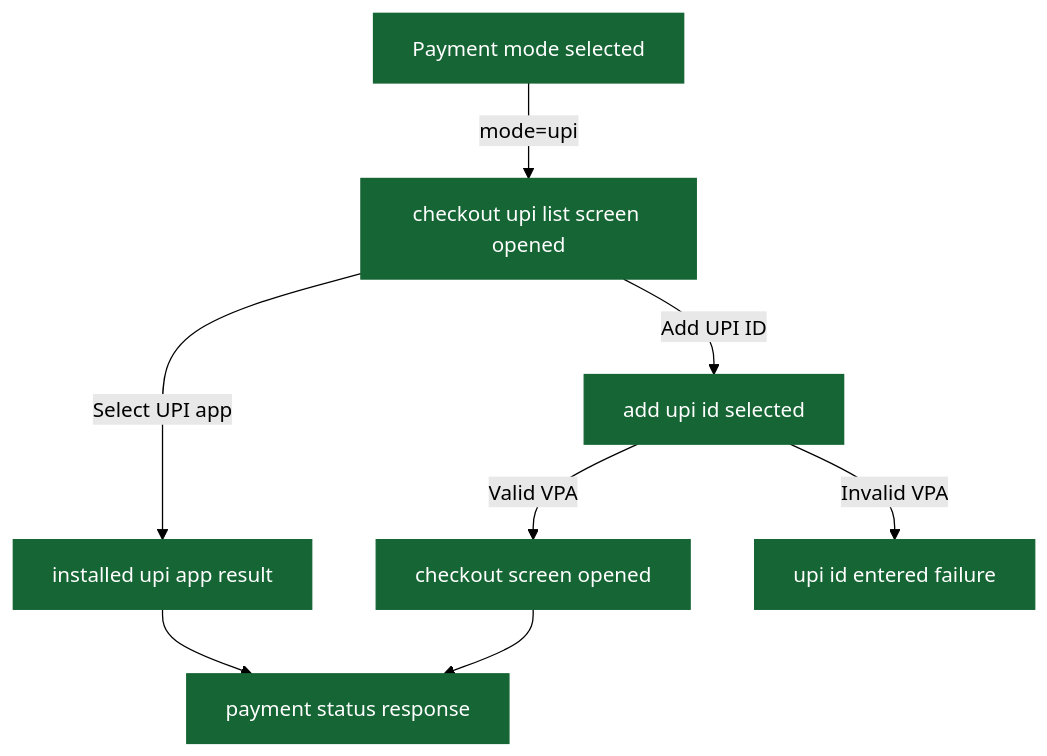
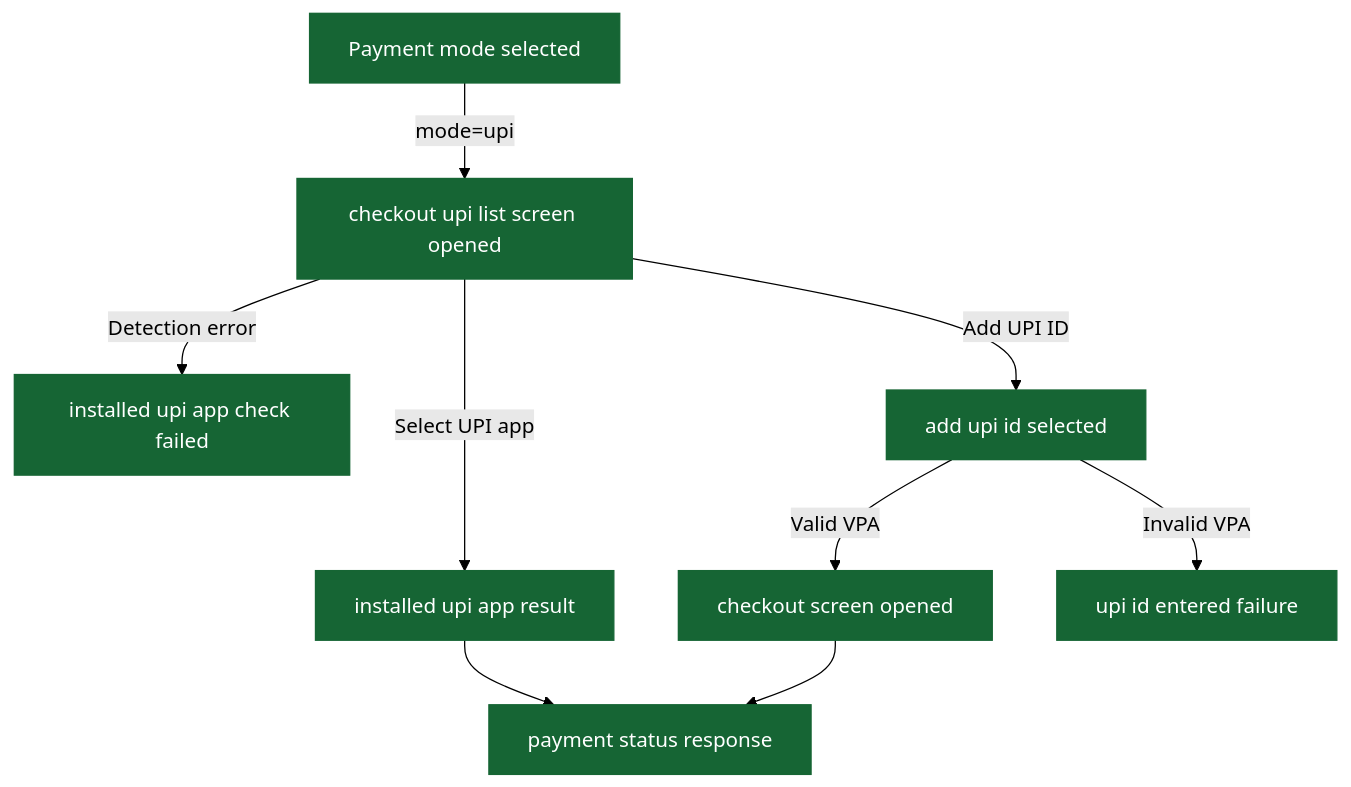
Before and after one commit to ratulsarna/chalo-app-dashboard: the third of 11 diagrams in content/analytics/payment/flow-diagrams.md, drawn with Mermaid (forest theme). The commit also changed other lines of this file, not shown here.

Commit message:
feat(analytics): enhance UPI flow diagrams with error detection and updated class definitions

````diff
--- a/content/analytics/payment/flow-diagrams.md
+++ b/content/analytics/payment/flow-diagrams.md
@@ -77,19 +77,20 @@
 ```mermaid
 flowchart TD
   ev_paymentModeSelected["Payment mode selected"] -->|mode=upi| ev_upiScreenOpen["checkout upi list screen opened"]
 
   ev_upiScreenOpen -->|Select UPI app| ev_installedUpiResult["installed upi app result"]
+  ev_upiScreenOpen -->|Detection error| ev_upiCheckFailed["installed upi app check failed"]
   ev_upiScreenOpen -->|Add UPI ID| ev_addUpiSelected["add upi id selected"]
 
   ev_addUpiSelected -->|Valid VPA| ev_checkoutOpen["checkout screen opened"]
   ev_addUpiSelected -->|Invalid VPA| ev_vpaFailure["upi id entered failure"]
 
   ev_installedUpiResult --> ev_paymentStatus["payment status response"]
   ev_checkoutOpen --> ev_paymentStatus
 
   classDef event fill:#166534,stroke:#166534,color:#ffffff;
   classDef ui fill:#f3f4f6,stroke:#6b7280,stroke-dasharray: 5 5,color:#111827;
   classDef external fill:#ffffff,stroke:#6b7280,stroke-dasharray: 3 3,color:#111827;
 
-  class ev_paymentModeSelected,ev_upiScreenOpen,ev_installedUpiResult,ev_addUpiSelected,ev_vpaFailure,ev_checkoutOpen,ev_paymentStatus event;
+  class ev_paymentModeSelected,ev_upiScreenOpen,ev_installedUpiResult,ev_upiCheckFailed,ev_addUpiSelected,ev_vpaFailure,ev_checkoutOpen,ev_paymentStatus event;
 ```
````
